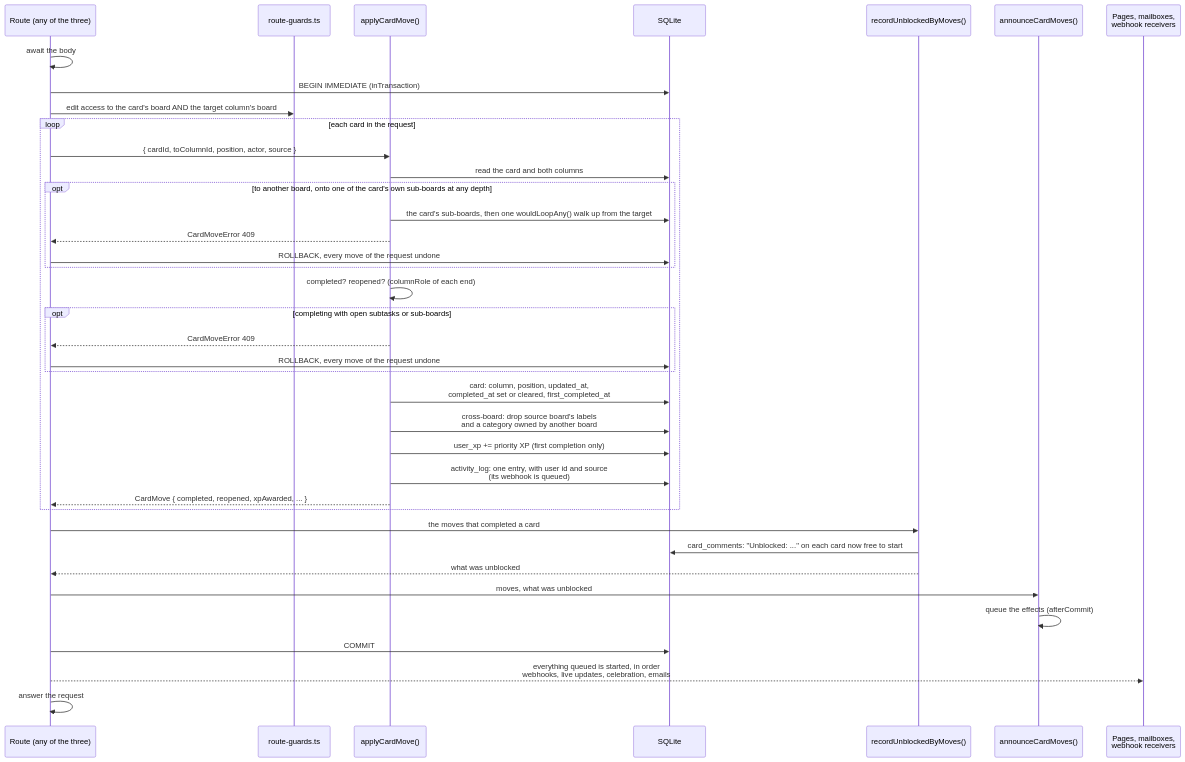
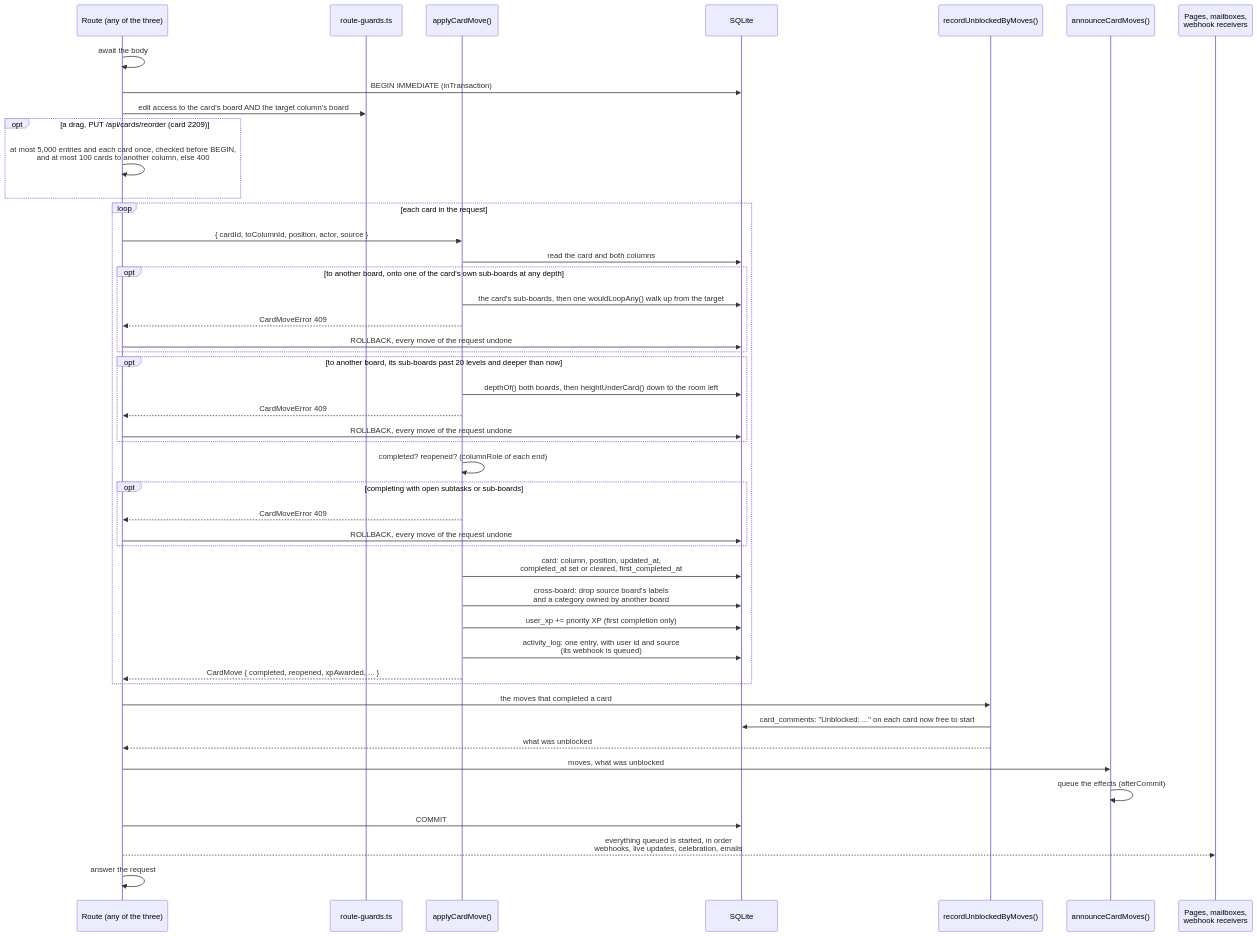
One commit to gitBoon/DumpFire changed the seventh of 11 diagrams in docs/data-model.md. Above: the diagram before and after it, drawn with Mermaid. The commit also changed other lines of this file and 42 other files, not shown here.

````diff
--- a/docs/data-model.md
+++ b/docs/data-model.md
@@ -775,41 +802,49 @@
 ```mermaid
 sequenceDiagram
     participant R as Route (any of the three)
     participant G as route-guards.ts
     participant M as applyCardMove()
     participant DB as SQLite
     participant U as recordUnblockedByMoves()
     participant A as announceCardMoves()
     participant O as Pages, mailboxes,<br/>webhook receivers
 
     R->>R: await the body
     R->>DB: BEGIN IMMEDIATE (inTransaction)
     R->>G: edit access to the card's board AND the target column's board
+    opt a drag, PUT /api/cards/reorder (card 2209)
+        R->>R: at most 5,000 entries and each card once, checked before BEGIN,<br/>and at most 100 cards to another column, else 400
+    end
     loop each card in the request
         R->>M: { cardId, toColumnId, position, actor, source }
         M->>DB: read the card and both columns
         opt to another board, onto one of the card's own sub-boards at any depth
             M->>DB: the card's sub-boards, then one wouldLoopAny() walk up from the target
+            M-->>R: CardMoveError 409
+            R->>DB: ROLLBACK, every move of the request undone
+        end
+        opt to another board, its sub-boards past 20 levels and deeper than now
+            M->>DB: depthOf() both boards, then heightUnderCard() down to the room left
             M-->>R: CardMoveError 409
             R->>DB: ROLLBACK, every move of the request undone
         end
         M->>M: completed? reopened? (columnRole of each end)
         opt completing with open subtasks or sub-boards
             M-->>R: CardMoveError 409
             R->>DB: ROLLBACK, every move of the request undone
         end
         M->>DB: card: column, position, updated_at,<br/>completed_at set or cleared, first_completed_at
         M->>DB: cross-board: drop source board's labels<br/>and a category owned by another board
         M->>DB: user_xp += priority XP (first completion only)
         M->>DB: activity_log: one entry, with user id and source<br/>(its webhook is queued)
         M-->>R: CardMove { completed, reopened, xpAwarded, ... }
     end
     R->>U: the moves that completed a card
     U->>DB: card_comments: "Unblocked: ..." on each card now free to start
     U-->>R: what was unblocked
     R->>A: moves, what was unblocked
     A->>A: queue the effects (afterCommit)
     R->>DB: COMMIT
     R-->>O: everything queued is started, in order<br/>webhooks, live updates, celebration, emails
     R->>R: answer the request
 ```
````
